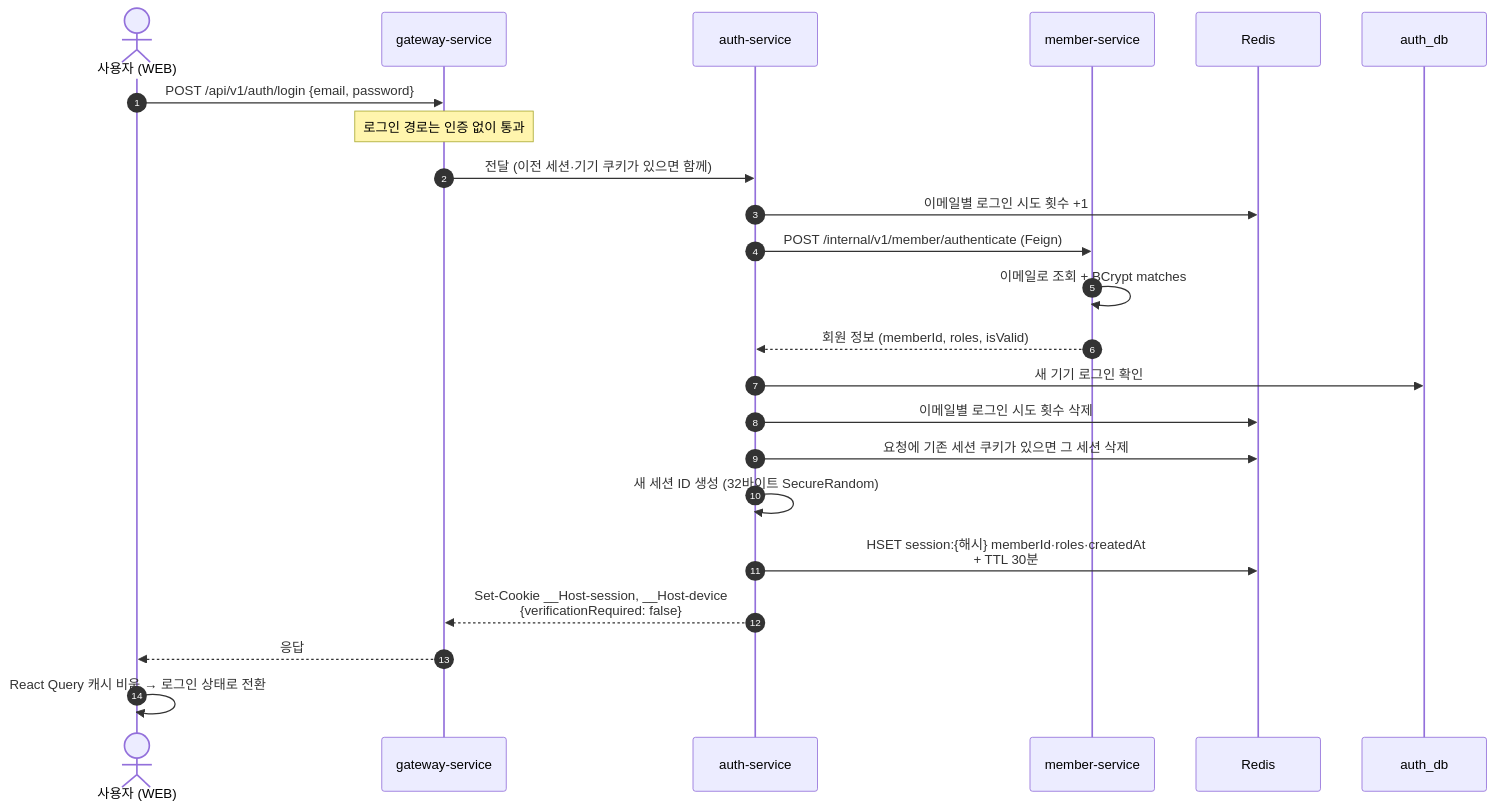
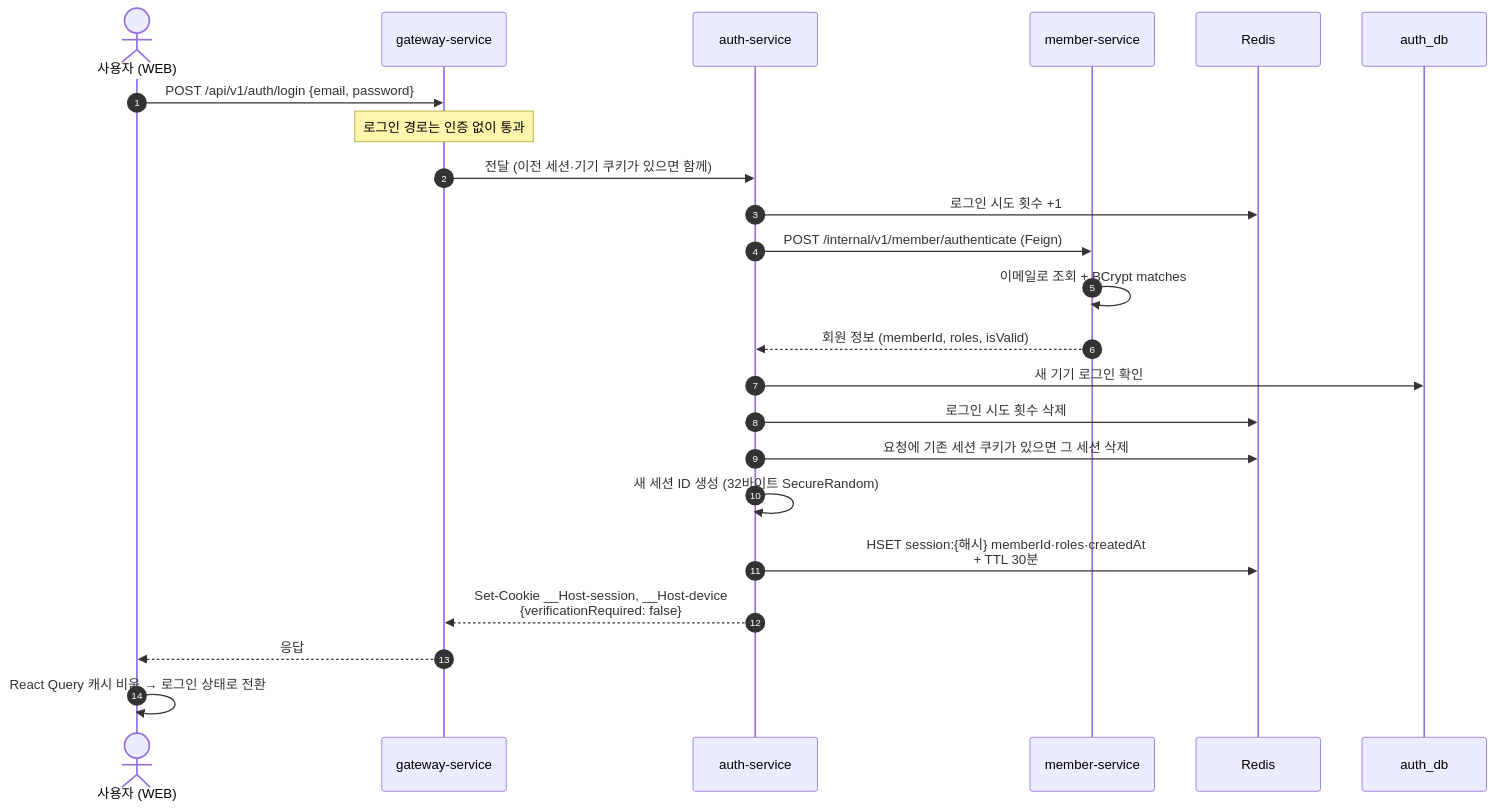
One commit to rivertw777/ModuDrive-API changed the first of 4 diagrams in .docs/spec/004-auth-spec.md. Above: the diagram before and after it, drawn with Mermaid. The commit also changed other lines of this file and 14 other files, not shown here.

````diff
--- a/.docs/spec/004-auth-spec.md
+++ b/.docs/spec/004-auth-spec.md
@@ -89,26 +89,26 @@
 ```mermaid
 sequenceDiagram
     autonumber
     actor U as 사용자 (WEB)
     participant G as gateway-service
     participant A as auth-service
     participant M as member-service
     participant R as Redis
     participant D as auth_db
 
     U->>G: POST /api/v1/auth/login {email, password}
     Note over G: 로그인 경로는 인증 없이 통과
     G->>A: 전달 (이전 세션·기기 쿠키가 있으면 함께)
-    A->>R: 이메일별 로그인 시도 횟수 +1
+    A->>R: 로그인 시도 횟수 +1
     A->>M: POST /internal/v1/member/authenticate (Feign)
     M->>M: 이메일로 조회 + BCrypt matches
     M-->>A: 회원 정보 (memberId, roles, isValid)
     A->>D: 새 기기 로그인 확인
-    A->>R: 이메일별 로그인 시도 횟수 삭제
+    A->>R: 로그인 시도 횟수 삭제
     A->>R: 요청에 기존 세션 쿠키가 있으면 그 세션 삭제
     A->>A: 새 세션 ID 생성 (32바이트 SecureRandom)
     A->>R: HSET session:{해시} memberId·roles·createdAt<br/>+ TTL 30분
     A-->>G: Set-Cookie __Host-session, __Host-device<br/>{verificationRequired: false}
     G-->>U: 응답
     U->>U: React Query 캐시 비움 → 로그인 상태로 전환
 ```
````
